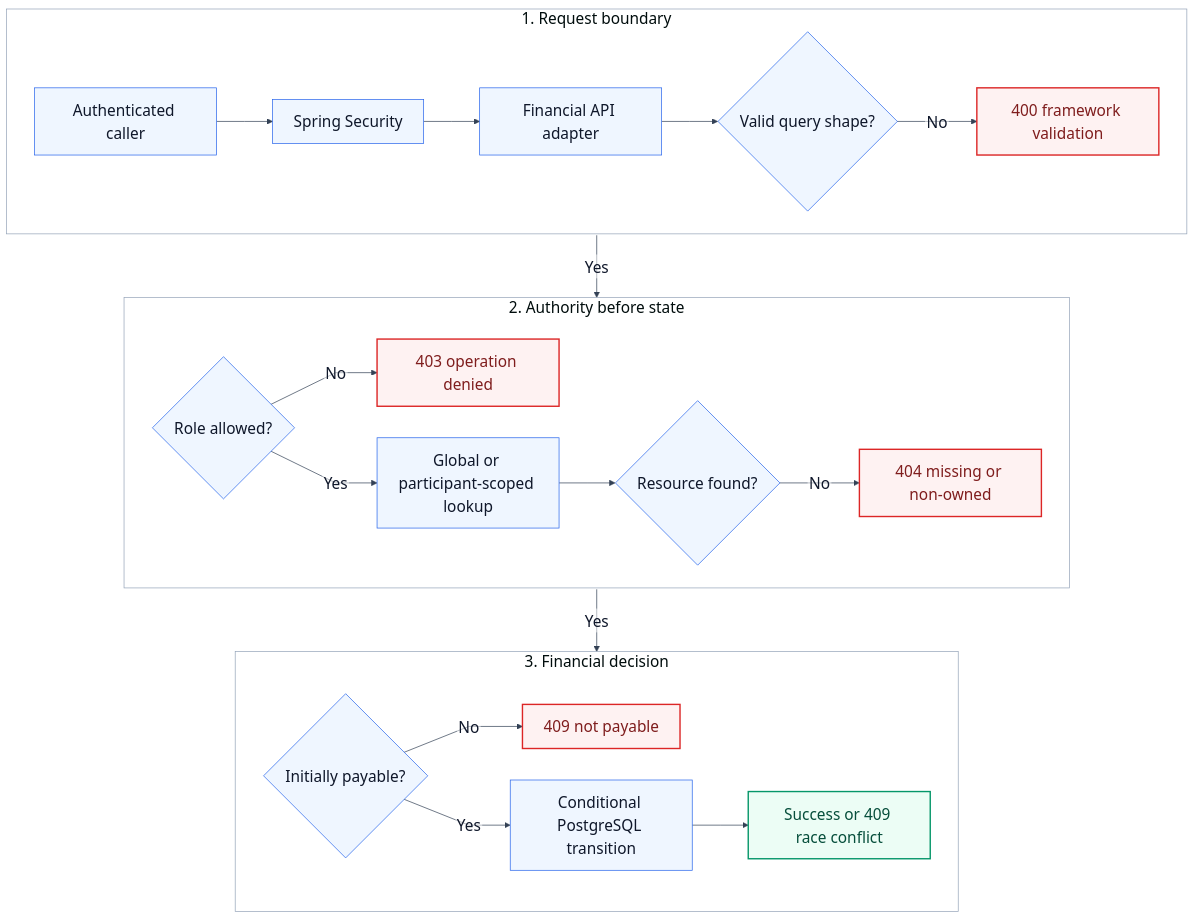
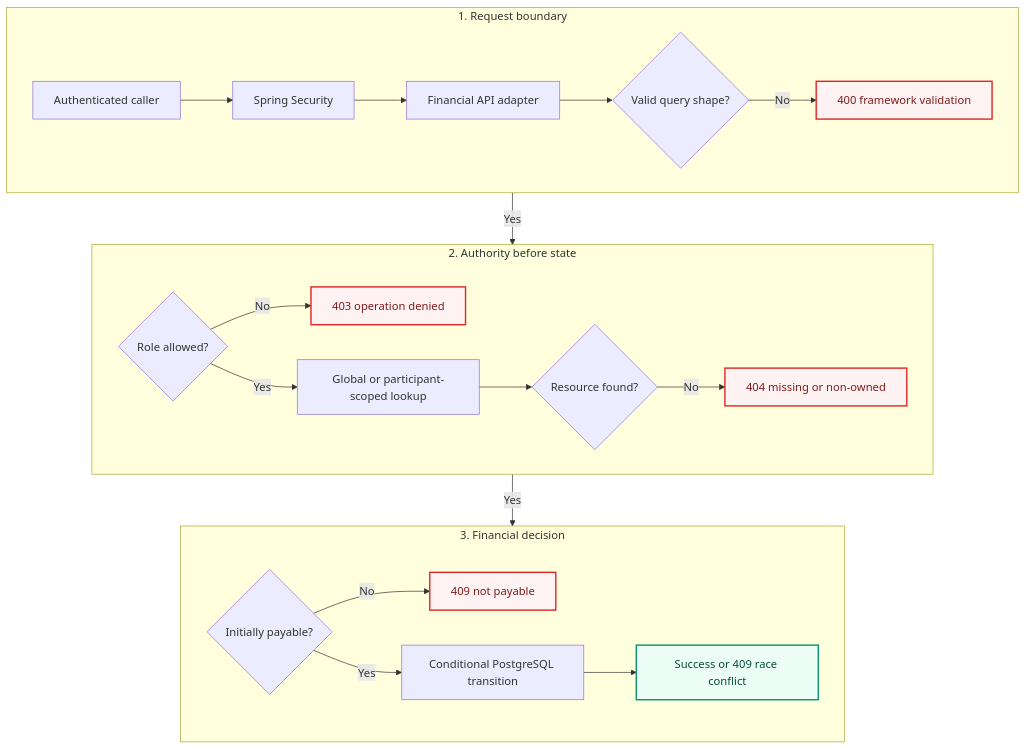
One commit to kundankumar7/optrabidz changed the diagram in docs/error-handling/work-items/KAN-34-repayment-error-migration/assets/repayment-error-boundary.mmd. Above: the diagram before and after it, drawn with Mermaid. The commit also changed 16 other files, not shown here.

Commit message:
Standardize Mermaid diagram output (KAN-39)

```diff
--- a/docs/error-handling/work-items/KAN-34-repayment-error-migration/assets/repayment-error-boundary.mmd
+++ b/docs/error-handling/work-items/KAN-34-repayment-error-migration/assets/repayment-error-boundary.mmd
@@ -1,31 +1,33 @@
-%%{init: {"theme":"base","themeVariables":{"fontSize":"22px","fontFamily":"Arial, sans-serif","primaryColor":"#EFF6FF","primaryTextColor":"#0F172A","primaryBorderColor":"#2563EB","lineColor":"#334155","secondaryColor":"#F8FAFC","tertiaryColor":"#FEF2F2","clusterBkg":"#FFFFFF","clusterBorder":"#94A3B8","edgeLabelBackground":"#FFFFFF"},"flowchart":{"htmlLabels":false,"curve":"linear","nodeSpacing":45,"rankSpacing":55}}}%%
 flowchart TB
+    accTitle: Repayment authorization and error boundary
+    accDescr: An authenticated repayment query is validated, authorized, ownership-scoped, and checked for payable state before a conditional database transition returns success or a classified safe error.
+
     subgraph REQUEST[1. Request boundary]
         direction LR
         U[Authenticated caller] --> S[Spring Security]
         S --> C[Financial API adapter]
         C --> V{Valid query shape?}
         V -->|No| E1[400 framework validation]
     end
 
     subgraph AUTHORITY[2. Authority before state]
         direction LR
         V -->|Yes| R{Role allowed?}
         R -->|No| E2[403 operation denied]
         R -->|Yes| Q[Global or participant-scoped lookup]
         Q --> F{Resource found?}
         F -->|No| E3[404 missing or non-owned]
     end
 
     subgraph BUSINESS[3. Financial decision]
         direction LR
         F -->|Yes| P{Initially payable?}
         P -->|No| E4[409 not payable]
         P -->|Yes| T[Conditional PostgreSQL transition]
         T --> O[Success or 409 race conflict]
     end
 
     classDef error fill:#FEF2F2,stroke:#DC2626,color:#7F1D1D,stroke-width:2px;
     classDef success fill:#ECFDF5,stroke:#059669,color:#064E3B,stroke-width:2px;
     class E1,E2,E3,E4 error;
     class O success;
```
